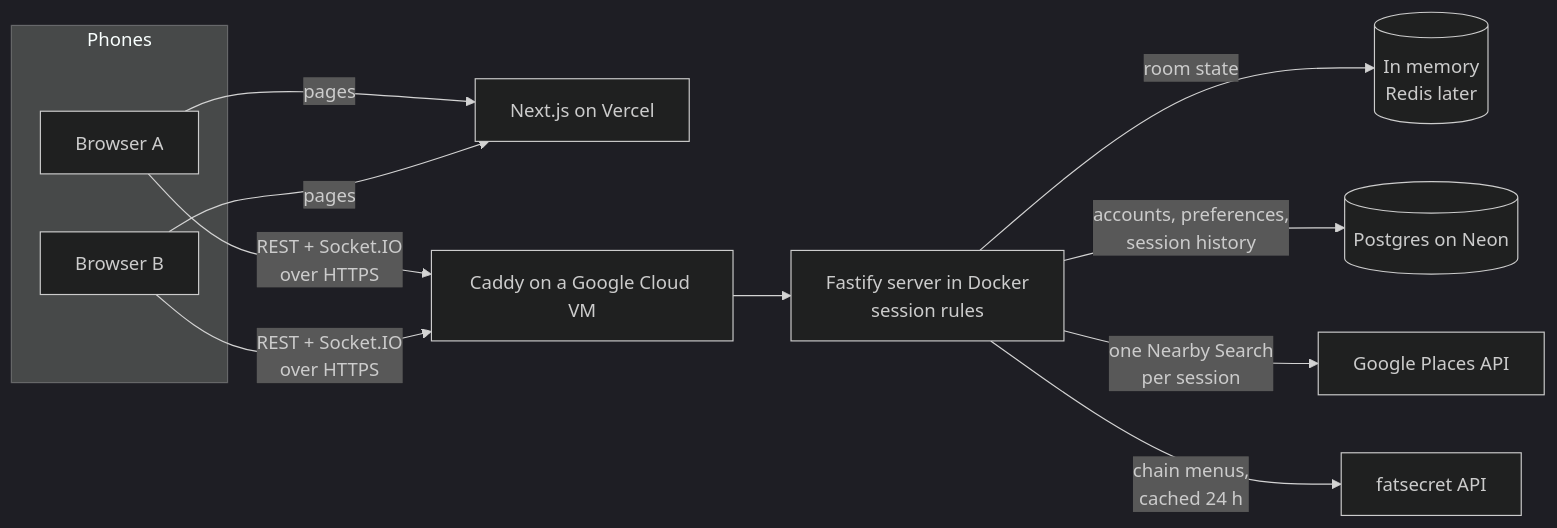
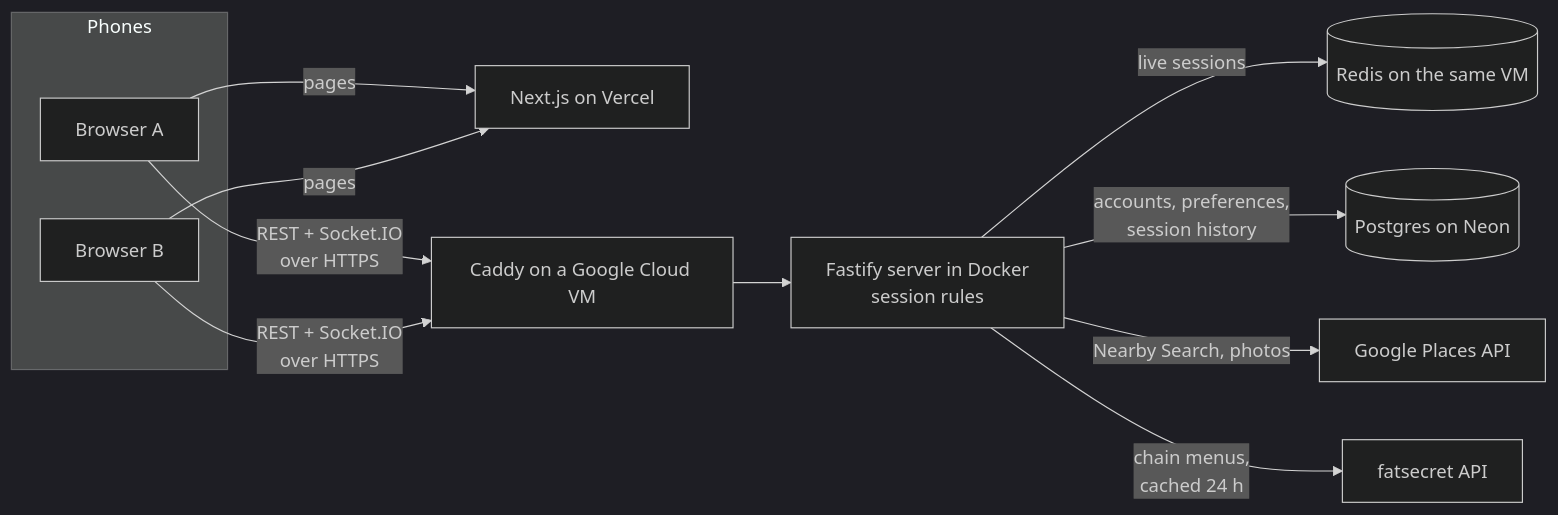
One commit to sweksha-cloud/arbiter changed the diagram in README.md. Above: the diagram before and after it, drawn with Mermaid (dark theme). The commit also changed other lines of this file, not shown here.

Commit message:
README: swiping and matches, photos and card details, follow-up searches, edits after results, blue/green deploys

````diff
--- a/README.md
+++ b/README.md
@@ -31,14 +35,14 @@
 ```mermaid
 flowchart LR
   subgraph Phones
     A[Browser A]
     B[Browser B]
   end
   A & B -- pages --> V[Next.js on Vercel]
   A & B -- REST + Socket.IO<br/>over HTTPS --> C[Caddy on a Google Cloud VM]
   C --> S[Fastify server in Docker<br/>session rules]
-  S -- room state --> R[(In memory<br/>Redis later)]
+  S -- live sessions --> R[(Redis on the same VM)]
   S -- accounts, preferences,<br/>session history --> P[(Postgres on Neon)]
-  S -- one Nearby Search<br/>per session --> G[Google Places API]
+  S -- Nearby Search, photos --> G[Google Places API]
   S -- chain menus,<br/>cached 24 h --> F[fatsecret API]
 ```
````
